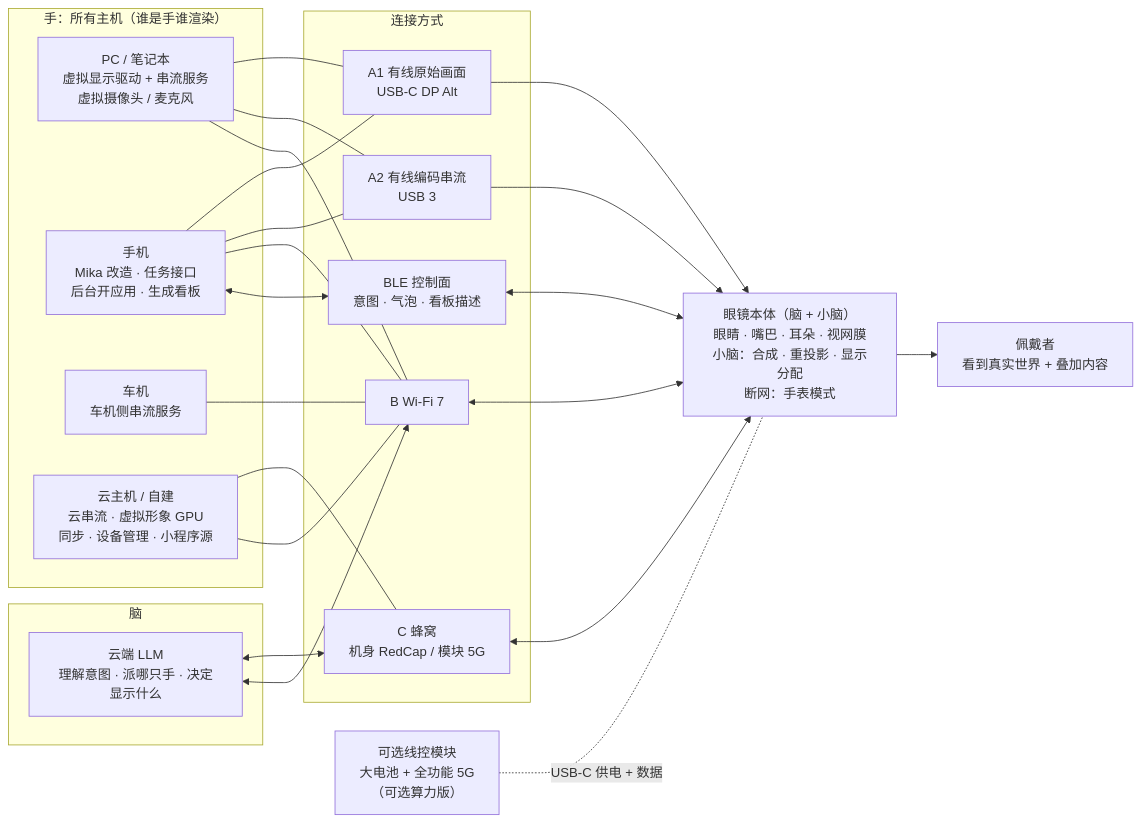
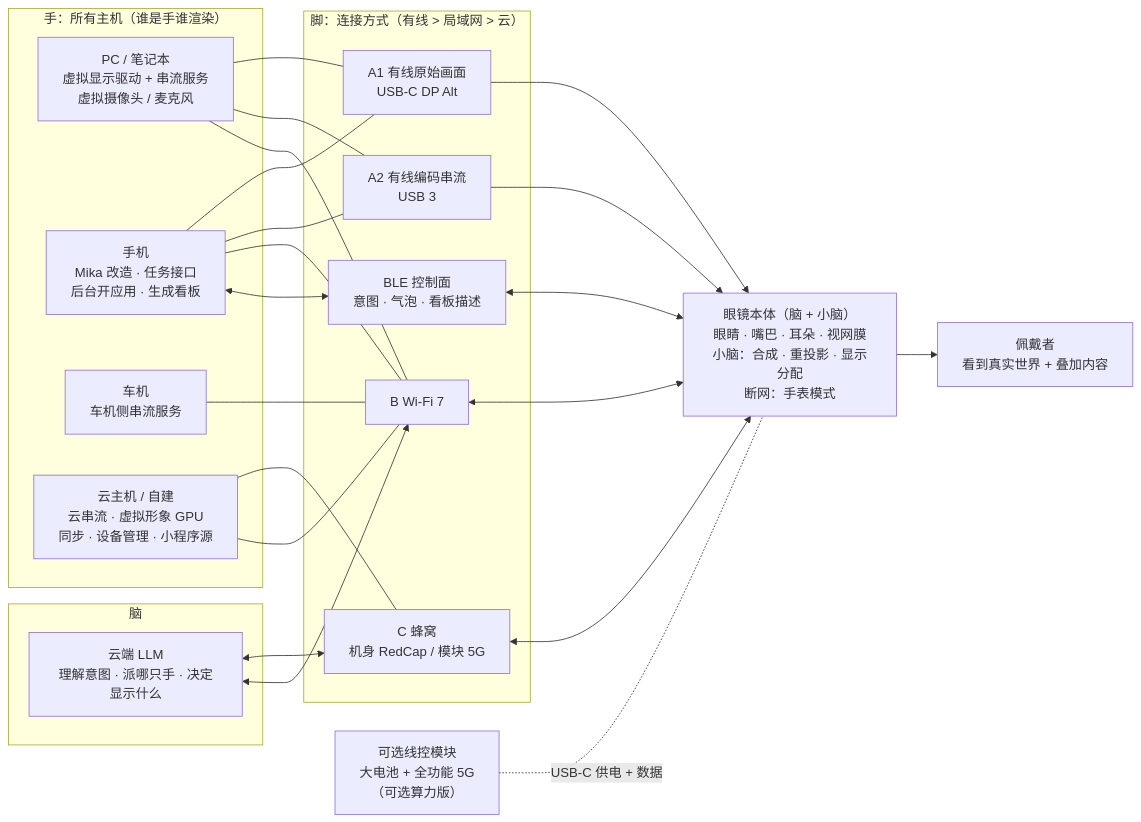
One commit to jodancain/independent-cellular-ai-glasses changed the first of 10 diagrams in docs/system-architecture.md. Above: the diagram before and after it, drawn with Mermaid. The commit also changed other lines of this file and 111 other files, not shown here.

Commit message:
脑、小脑、手、脚贯穿全方案（决定 #25，方案 v0.7.6）：连接正式定为脚；方案加四角色对照表，路线标芯片角色，设计开发要求 194 条加角色映射与脑的需求，验证计划按角色，10 张图与硬件初版标角色；技术全解与宣传片同步

````diff
--- a/docs/system-architecture.md
+++ b/docs/system-architecture.md
@@ -31,45 +33,45 @@
 ```mermaid
 flowchart LR
   subgraph HOSTS["手：所有主机（谁是手谁渲染）"]
     PC["PC / 笔记本<br/>虚拟显示驱动 + 串流服务<br/>虚拟摄像头 / 麦克风"]
     PHONE["手机<br/>Mika 改造 · 任务接口<br/>后台开应用 · 生成看板"]
     CAR["车机<br/>车机侧串流服务"]
     CLOUD["云主机 / 自建<br/>云串流 · 虚拟形象 GPU<br/>同步 · 设备管理 · 小程序源"]
   end
 
   subgraph BRAIN["脑"]
     LLM["云端 LLM<br/>理解意图 · 派哪只手 · 决定显示什么"]
   end
 
-  subgraph NET["连接方式"]
+  subgraph NET["脚：连接方式（有线 > 局域网 > 云）"]
     A1["A1 有线原始画面<br/>USB-C DP Alt"]
     A2["A2 有线编码串流<br/>USB 3"]
     B["B Wi-Fi 7"]
     C["C 蜂窝<br/>机身 RedCap / 模块 5G"]
     BLE["BLE 控制面<br/>意图 · 气泡 · 看板描述"]
   end
 
   GLASSES["眼镜本体（脑 + 小脑）<br/>眼睛 · 嘴巴 · 耳朵 · 视网膜<br/>小脑：合成 · 重投影 · 显示分配<br/>断网：手表模式"]
   MODULE["可选线控模块<br/>大电池 + 全功能 5G<br/>（可选算力版）"]
   USER["佩戴者<br/>看到真实世界 + 叠加内容"]
 
   PC --- A1
   PC --- A2
   PHONE --- A1
   PHONE --- A2
   PC --- B
   PHONE --- B
   CAR --- B
   CLOUD --- C
   CLOUD --- B
   A1 --> GLASSES
   A2 --> GLASSES
   B <--> GLASSES
   C <--> GLASSES
   PHONE <--> BLE
   BLE <--> GLASSES
   LLM <--> C
   LLM <--> B
   MODULE -. USB-C 供电 + 数据 .- GLASSES
   GLASSES --> USER
 ```
````
